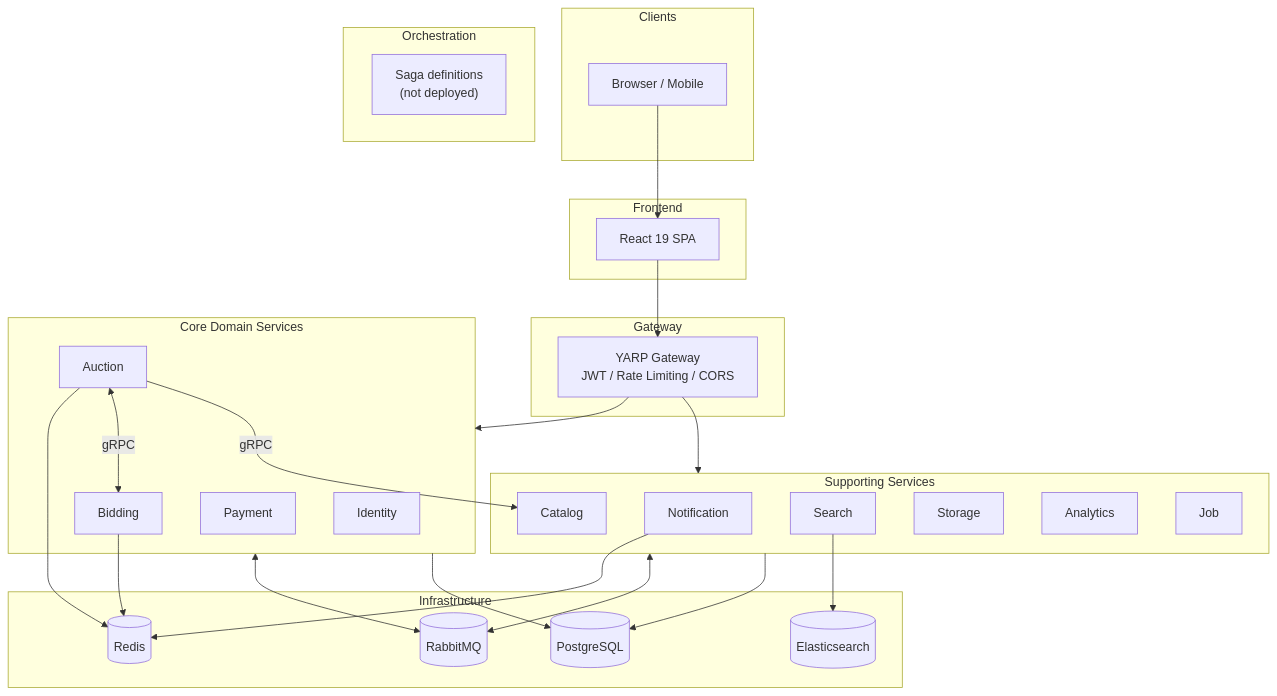
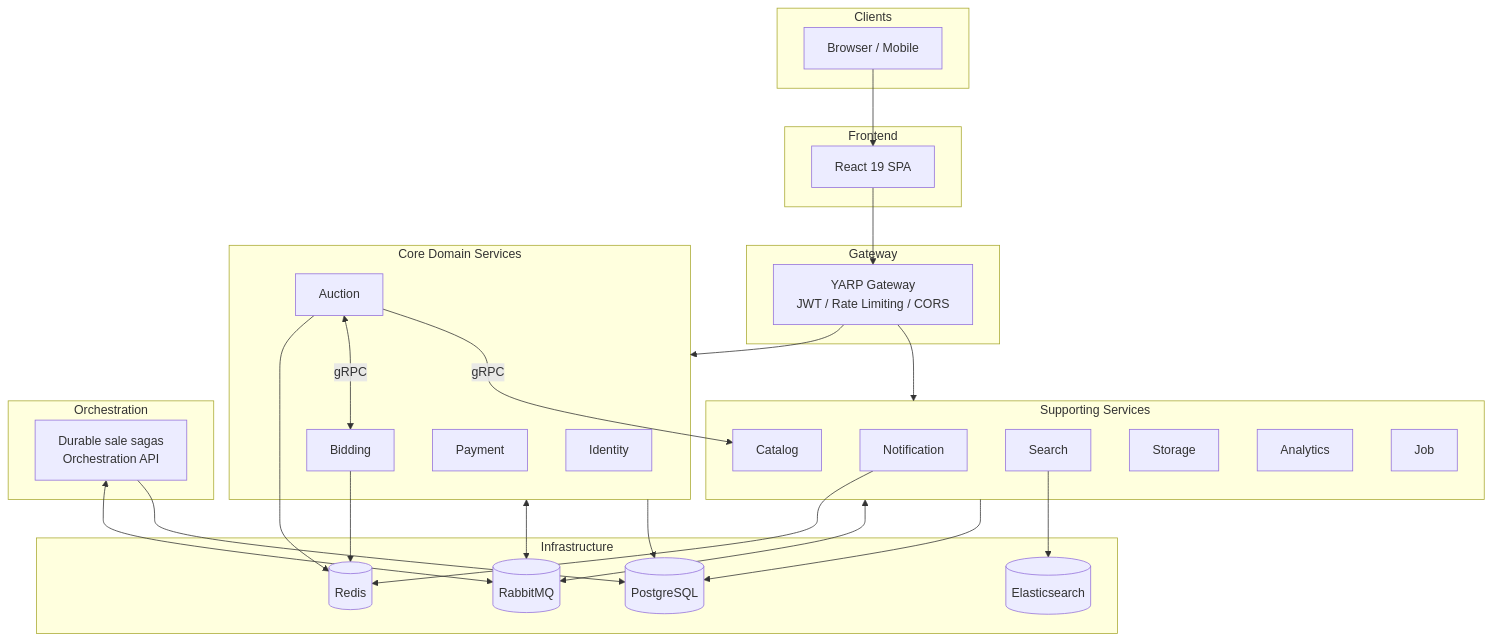
Before and after one commit to blanho/auction-platform-microservices: the first of 4 diagrams in docs/architecture.md, drawn with Mermaid. The commit also changed other lines of this file and 9 other files, not shown here.

````diff
--- a/docs/architecture.md
+++ b/docs/architecture.md
@@ -33,50 +33,52 @@
 ```mermaid
 graph TB
     subgraph Clients
         Browser["Browser / Mobile"]
     end
 
     subgraph Frontend
         SPA["React 19 SPA"]
     end
 
     subgraph Gateway
         GW["YARP Gateway<br/>JWT / Rate Limiting / CORS"]
     end
 
     subgraph Core["Core Domain Services"]
         IDN["Identity"]
         AUC["Auction"]
         BID["Bidding"]
         PAY["Payment"]
     end
 
     subgraph Supporting["Supporting Services"]
         NOT["Notification"]
         CAT["Catalog"]
         SRC["Search"]
         STR["Storage"]
         ANA["Analytics"]
         JOB["Job"]
     end
 
     subgraph Orchestration
-        ORC["Saga definitions<br/>(not deployed)"]
+        ORC["Durable sale sagas<br/>Orchestration API"]
     end
 
     subgraph Infra["Infrastructure"]
         PG[("PostgreSQL")]
         RD[("Redis")]
         RMQ[("RabbitMQ")]
         ES[("Elasticsearch")]
     end
 
     Browser --> SPA --> GW
     GW --> Core & Supporting
     Core & Supporting <--> RMQ
     Core & Supporting --> PG
+    ORC <--> RMQ
+    ORC --> PG
     AUC & BID & NOT --> RD
     SRC --> ES
     AUC <-->|gRPC| BID
     AUC -->|gRPC| CAT
 ```
````
